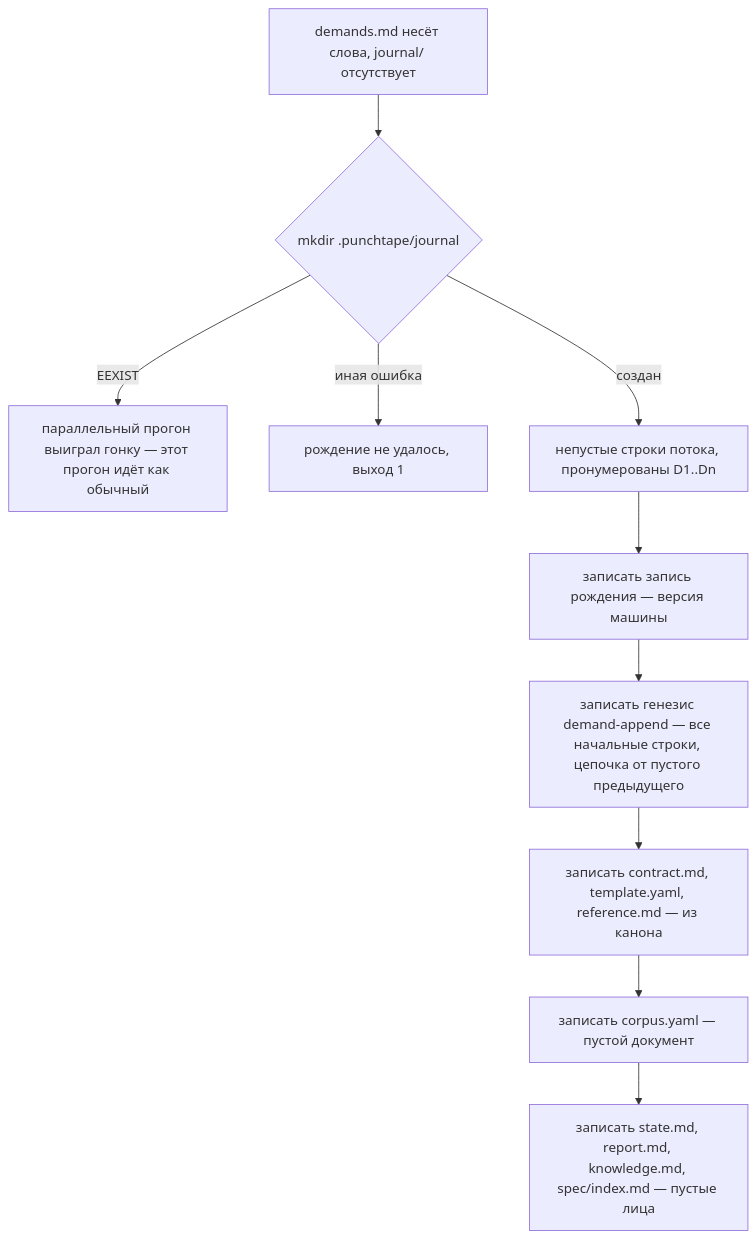
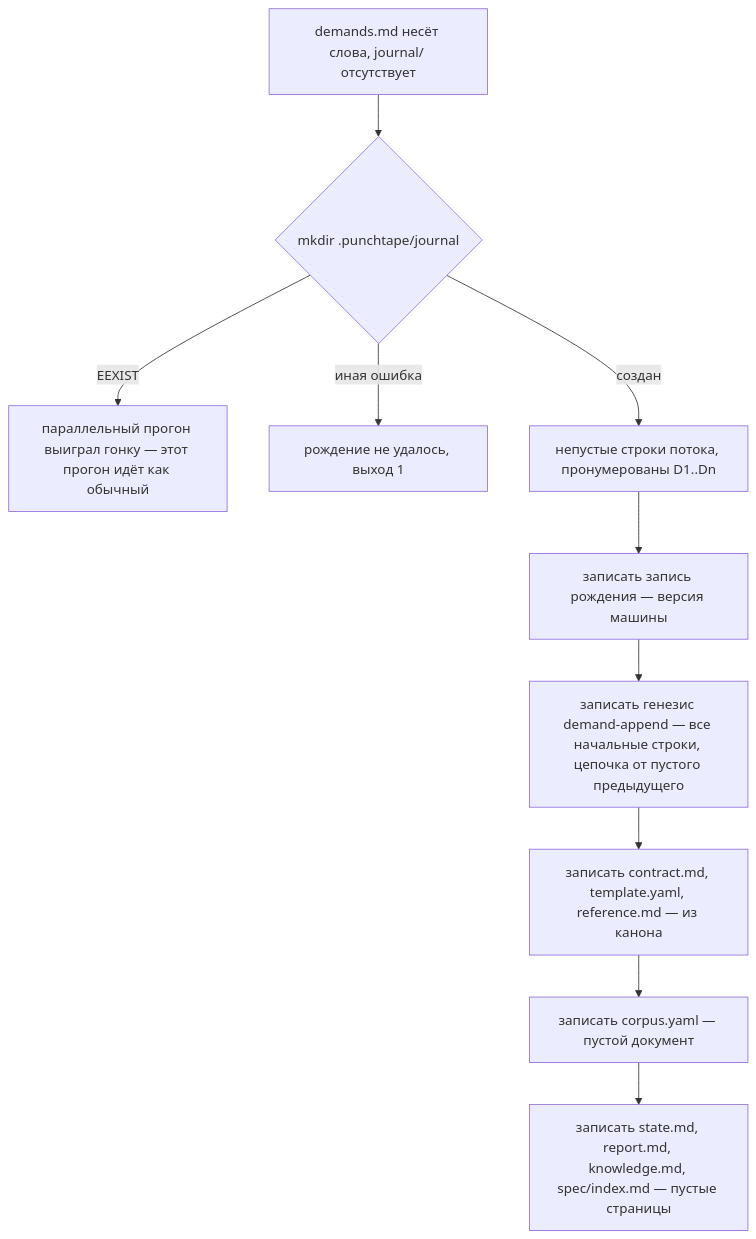
The second of 9 diagrams in docs/ARCHITECTURE.ru.md (neurophant/punchtape), drawn with Mermaid before and after one commit. The commit also changed other lines of this file and 195 other files, not shown here.

````diff
--- a/docs/ARCHITECTURE.ru.md
+++ b/docs/ARCHITECTURE.ru.md
@@ -176,12 +179,12 @@
 ```mermaid
 flowchart TD
     S["demands.md несёт слова, journal/ отсутствует"] --> M{"mkdir .punchtape/journal"}
     M -- "EEXIST" --> PASS["параллельный прогон выиграл гонку — этот прогон идёт как обычный"]
     M -- "иная ошибка" --> FAIL["рождение не удалось, выход 1"]
     M -- "создан" --> W["непустые строки потока, пронумерованы D1..Dn"]
     W --> R["записать запись рождения — версия машины"]
     R --> G["записать генезис demand-append — все начальные строки, цепочка от пустого предыдущего"]
     G --> F1["записать contract.md, template.yaml, reference.md — из канона"]
     F1 --> F2["записать corpus.yaml — пустой документ"]
-    F2 --> F3["записать state.md, report.md, knowledge.md, spec/index.md — пустые лица"]
+    F2 --> F3["записать state.md, report.md, knowledge.md, spec/index.md — пустые страницы"]
 ```
````
